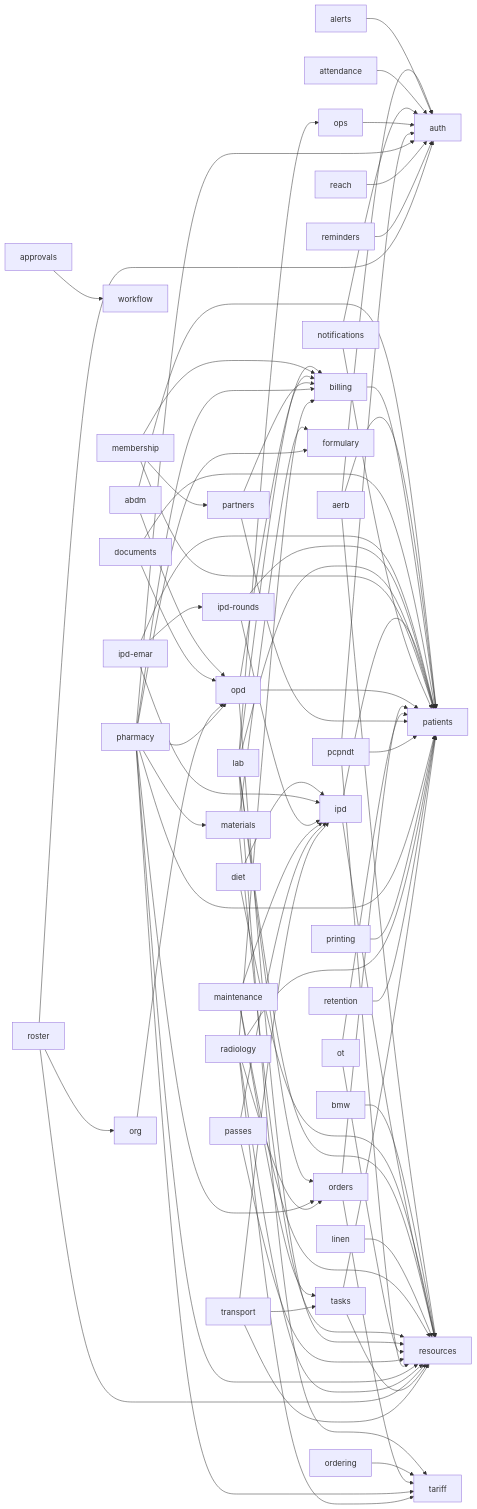
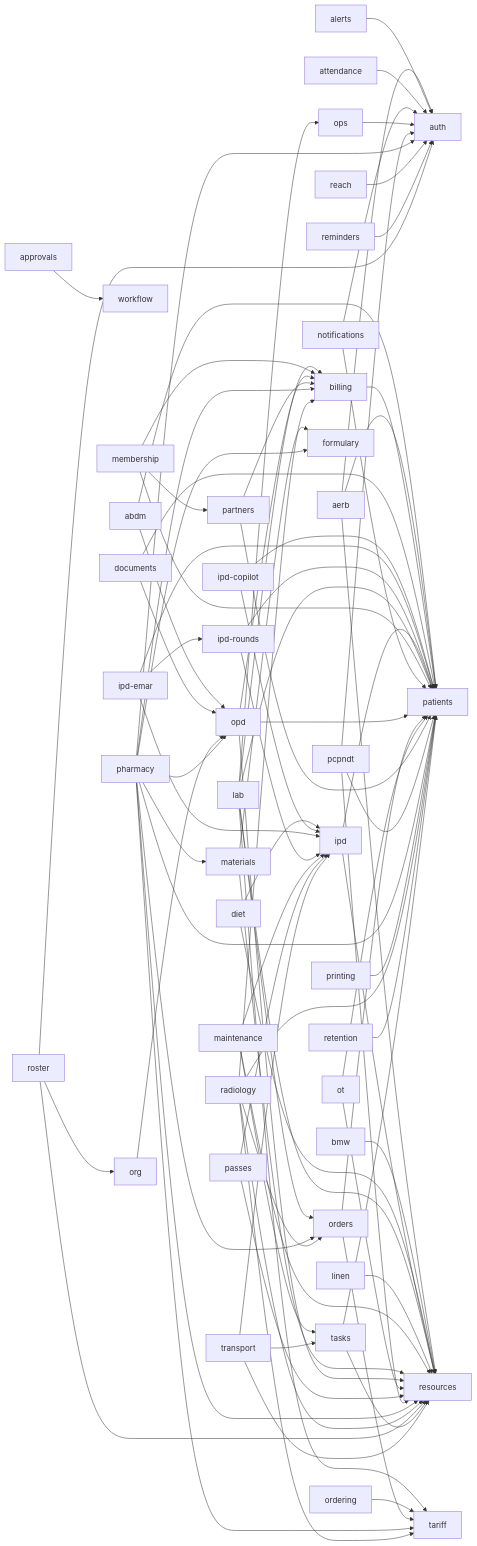
The diagram in docs/architecture/schema.md (ankits3a/hims-hmis), drawn with Mermaid before and after one commit. The commit also changed other lines of this file and 46 other files, not shown here.

First line of the commit message:
feat(ipd-copilot): "Since yesterday" on the round page, the nurse's SBAR draft and the discharge drafter (#740, #741)

```diff
--- a/docs/architecture/schema.md
+++ b/docs/architecture/schema.md
@@ -26,6 +26,8 @@
   diet[diet] --> resources[resources]
   documents[documents] --> opd[opd]
   documents[documents] --> patients[patients]
+  ipd_copilot[ipd-copilot] --> ipd[ipd]
+  ipd_copilot[ipd-copilot] --> patients[patients]
   ipd_emar[ipd-emar] --> ipd_rounds[ipd-rounds]
   ipd_emar[ipd-emar] --> ipd[ipd]
   ipd_emar[ipd-emar] --> patients[patients]
```
